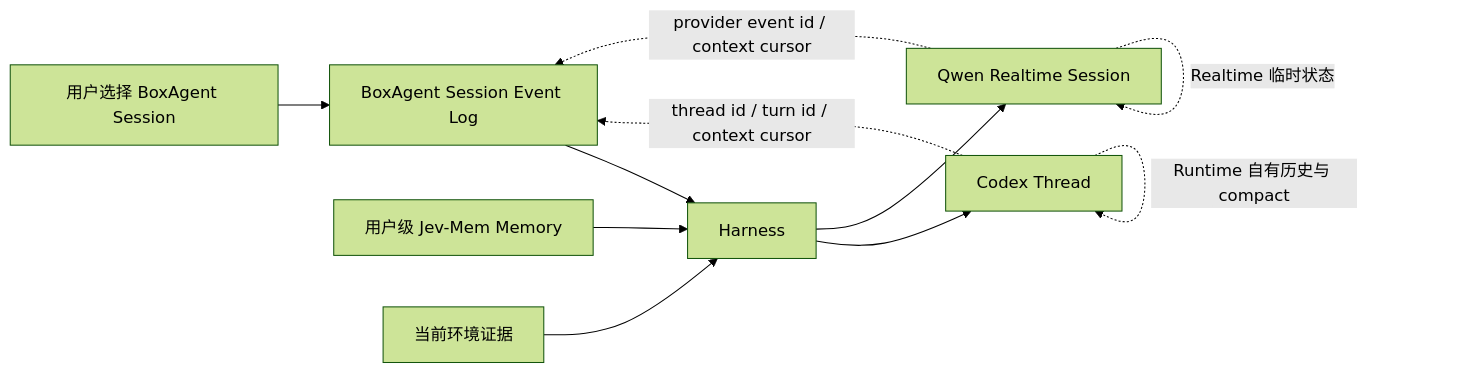
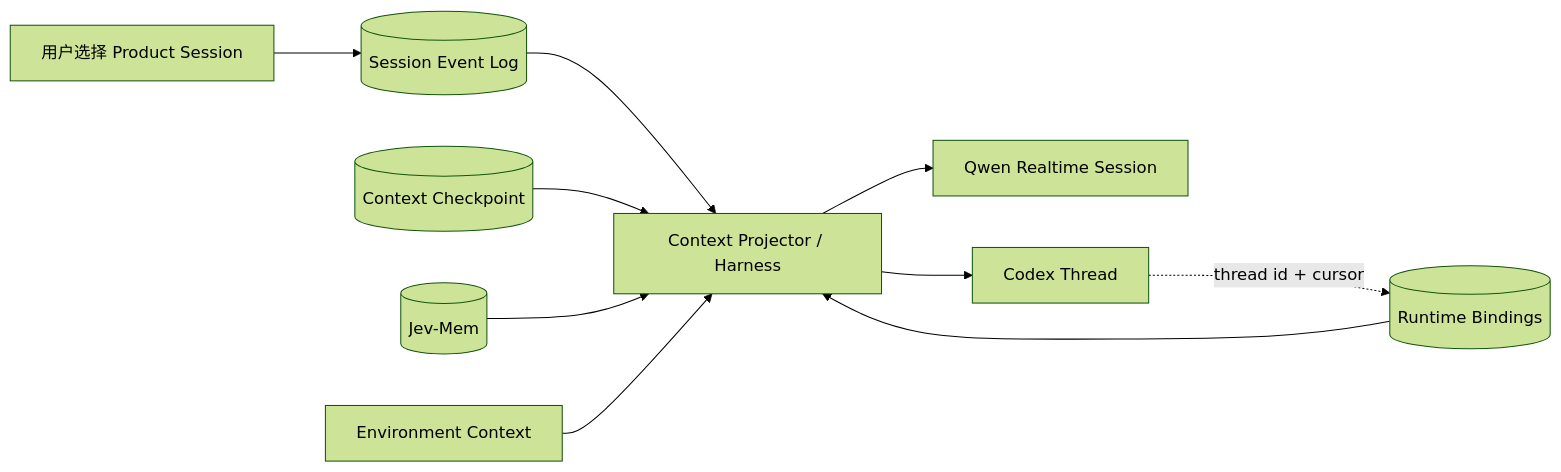
The first of 4 diagrams in docs/BoxAgent-Phase3-Conversation-Context-设计.md (kono-dada/BoxAgent), drawn with Mermaid (forest theme) before and after one commit. The commit also changed other lines of this file and 2 other files, not shown here.

Commit message:
docs: rewrite current architecture guides

````diff
--- a/docs/BoxAgent-Phase3-Conversation-Context-设计.md
+++ b/docs/BoxAgent-Phase3-Conversation-Context-设计.md
@@ -37,13 +55,14 @@
 ```mermaid
 flowchart LR
-    U[用户选择 BoxAgent Session] --> P[BoxAgent Session Event Log]
-    P --> H[Harness]
+    U[用户选择 Product Session] --> P[(Session Event Log)]
+    P --> H[Context Projector / Harness]
+    H --> Q[Qwen Realtime Session]
     H --> C[Codex Thread]
-    H --> Q[Qwen Realtime Session]
-    M[用户级 Jev-Mem Memory] --> H
-    E[当前环境证据] --> H
-    C -. Runtime 自有历史与 compact .-> C
-    Q -. Realtime 临时状态 .-> Q
-    C -. thread id / turn id / context cursor .-> P
-    Q -. provider event id / context cursor .-> P
+
+    CP[(Context Checkpoint)] --> H
+    M[(Jev-Mem)] --> H
+    E[Environment Context] --> H
+
+    C -. thread id + cursor .-> B[(Runtime Bindings)]
+    B --> H
 ```
````
